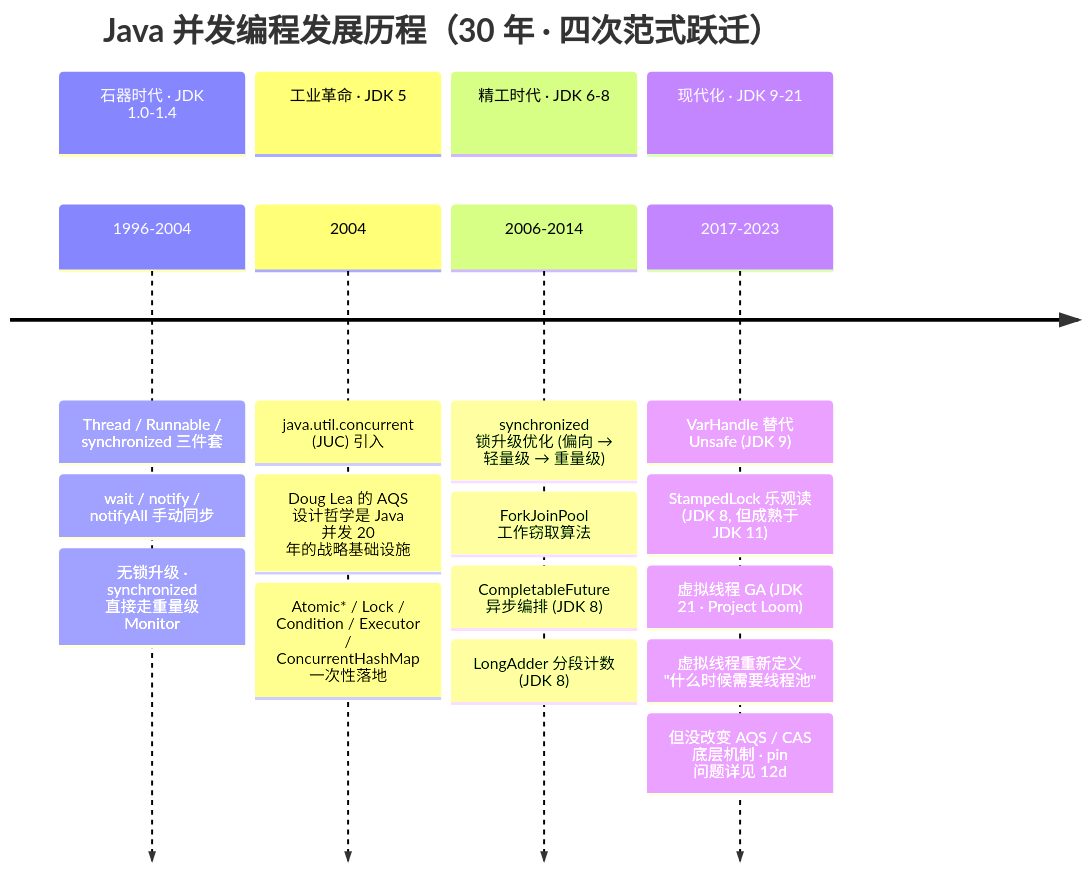
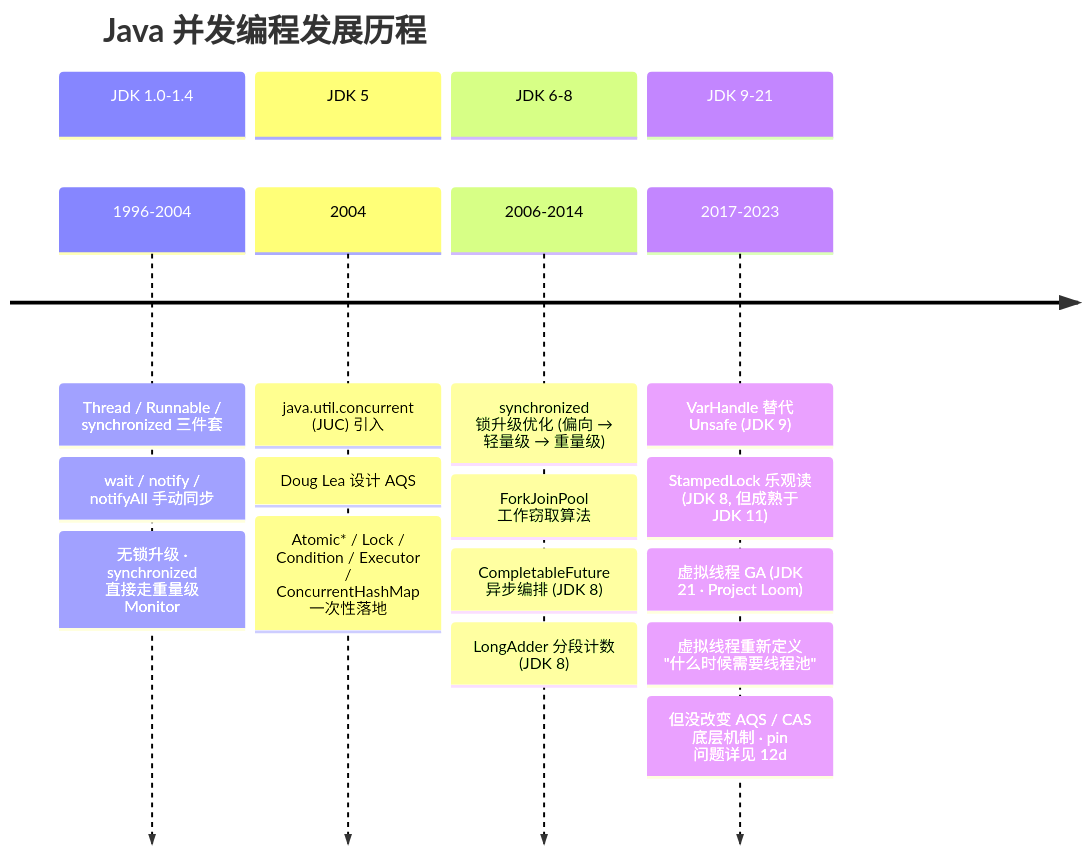
The first of 3 diagrams in docs/01-java-basic/10-并发编程综览：战役三 · 从硬件事实到组合运用的四层下沉.md (b1tzer/b1tzer.github.io), drawn with Mermaid before and after one commit. The commit also changed other lines of this file and 7 other files, not shown here.

````diff
--- a/docs/01-java-basic/10-并发编程综览：战役三 · 从硬件事实到组合运用的四层下沉.md
+++ b/docs/01-java-basic/10-并发编程综览：战役三 · 从硬件事实到组合运用的四层下沉.md
@@ -20,23 +20,23 @@
 ```mermaid
 timeline
-    title Java 并发编程发展历程（30 年 · 四次范式跃迁）
-    section 石器时代 · JDK 1.0-1.4
+    title Java 并发编程发展历程
+    section JDK 1.0-1.4
         1996-2004 : Thread / Runnable / synchronized 三件套
                   : wait / notify / notifyAll 手动同步
                   : 无锁升级 · synchronized 直接走重量级 Monitor
-    section 工业革命 · JDK 5
+    section JDK 5
         2004      : java.util.concurrent (JUC) 引入
-                  : Doug Lea 的 AQS 设计哲学是 Java 并发 20 年的战略基础设施
+                  : Doug Lea 设计 AQS
                   : Atomic* / Lock / Condition / Executor / ConcurrentHashMap 一次性落地
-    section 精工时代 · JDK 6-8
+    section JDK 6-8
         2006-2014 : synchronized 锁升级优化 (偏向 → 轻量级 → 重量级)
                   : ForkJoinPool 工作窃取算法
                   : CompletableFuture 异步编排 (JDK 8)
                   : LongAdder 分段计数 (JDK 8)
-    section 现代化 · JDK 9-21
+    section JDK 9-21
         2017-2023 : VarHandle 替代 Unsafe (JDK 9)
                   : StampedLock 乐观读 (JDK 8, 但成熟于 JDK 11)
                   : 虚拟线程 GA (JDK 21 · Project Loom)
                   : 虚拟线程重新定义 "什么时候需要线程池"
                   : 但没改变 AQS / CAS 底层机制 · pin 问题详见 12d
 ```
````
